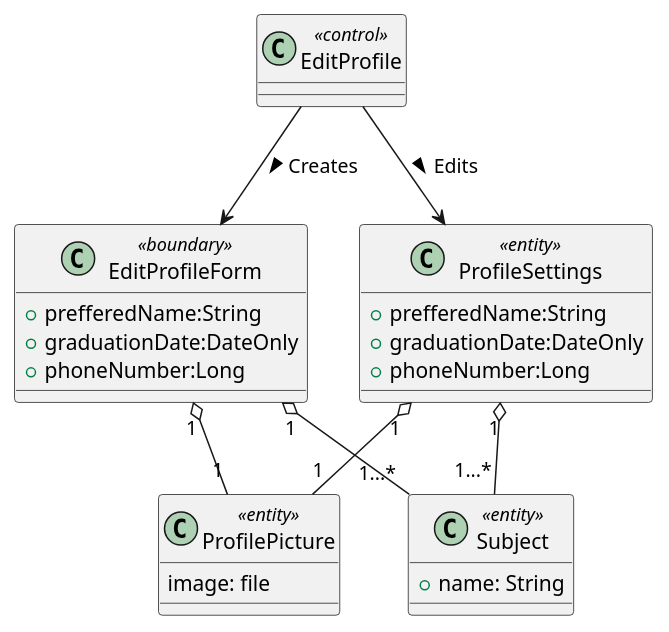
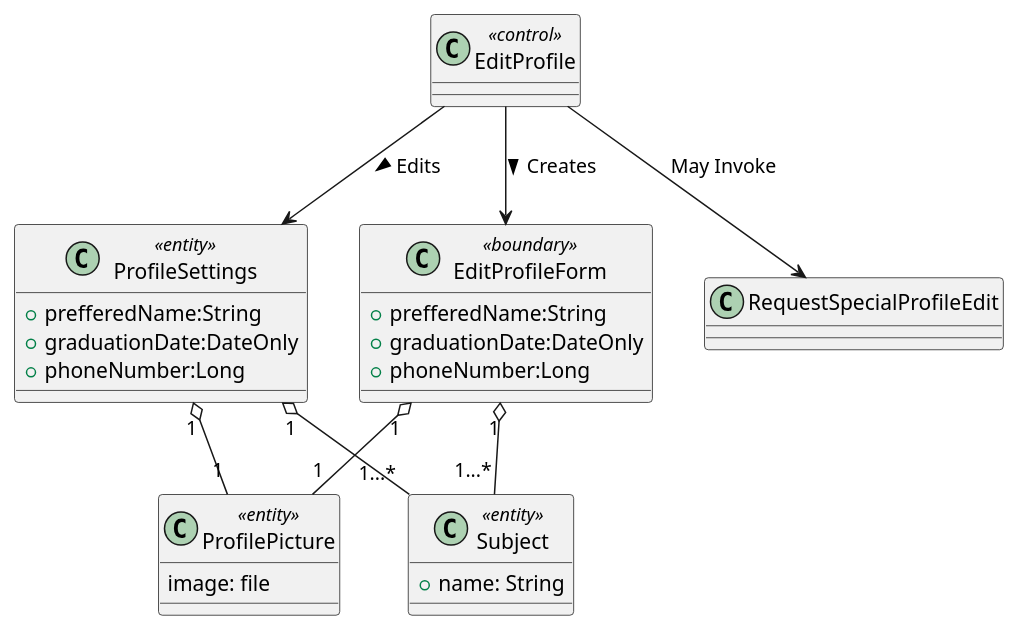
One commit to bmb0136/COMP-3700-Project changed the second of 2 diagrams in Use Cases/EditProfile.iuml. Above: the diagram before and after it, drawn with PlantUML. The commit also changed 1 other file, not shown here.

Commit message:
RequestSpecialProfileEdit ObjectDiagram

```diff
--- a/Use Cases/EditProfile.iuml
+++ b/Use Cases/EditProfile.iuml
@@ -25,35 +25,35 @@
 @startuml Edit Profile Object Model
 class EditProfile <<control>> {}
 class EditProfileForm <<boundary>>
 {
 +prefferedName:String
 +graduationDate:DateOnly
 +phoneNumber:Long
 }
 
 class ProfileSettings <<entity>>
 {
 +prefferedName:String
 +graduationDate:DateOnly
 +phoneNumber:Long
 
 }
 
 class ProfilePicture <<entity>>
 {
 image: file
 }
 
 class Subject <<entity>>
 {
 +name: String
 }
 
 EditProfile --> EditProfileForm : Creates >
 EditProfile --> ProfileSettings : Edits >
 EditProfileForm "1" o-- "1" ProfilePicture
 ProfileSettings "1" o-- "1" ProfilePicture
 ProfileSettings "1" o-- "1...*"Subject
 EditProfileForm  "1" o-- "1...*"Subject
-
+EditProfile --> RequestSpecialProfileEdit: May Invoke
 @enduml
```
